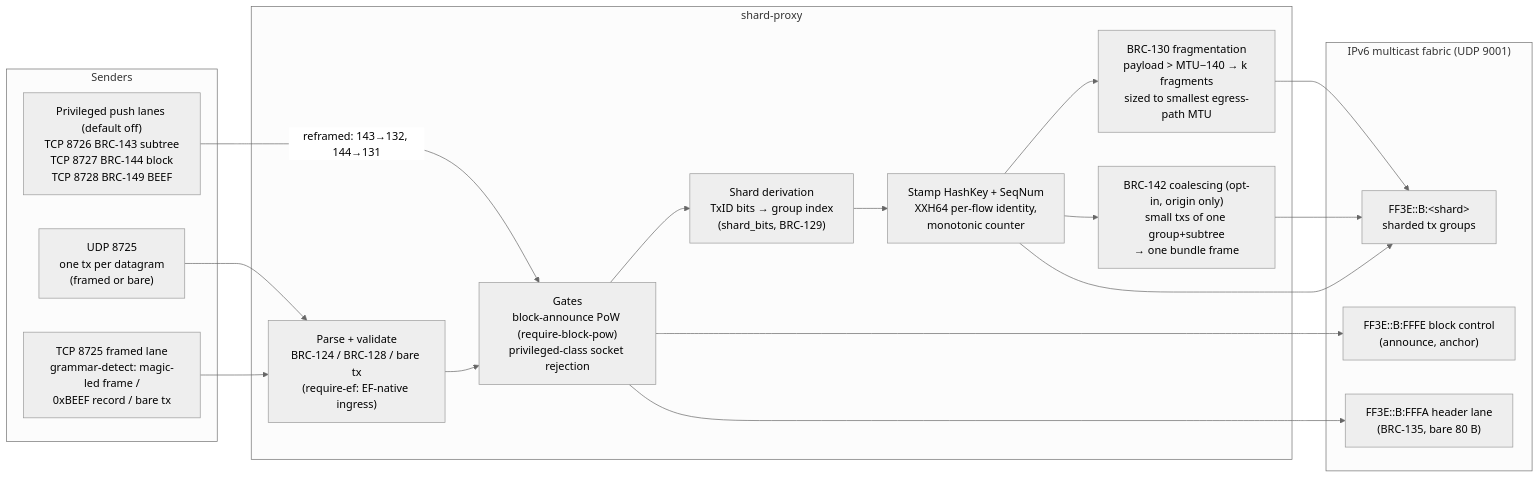
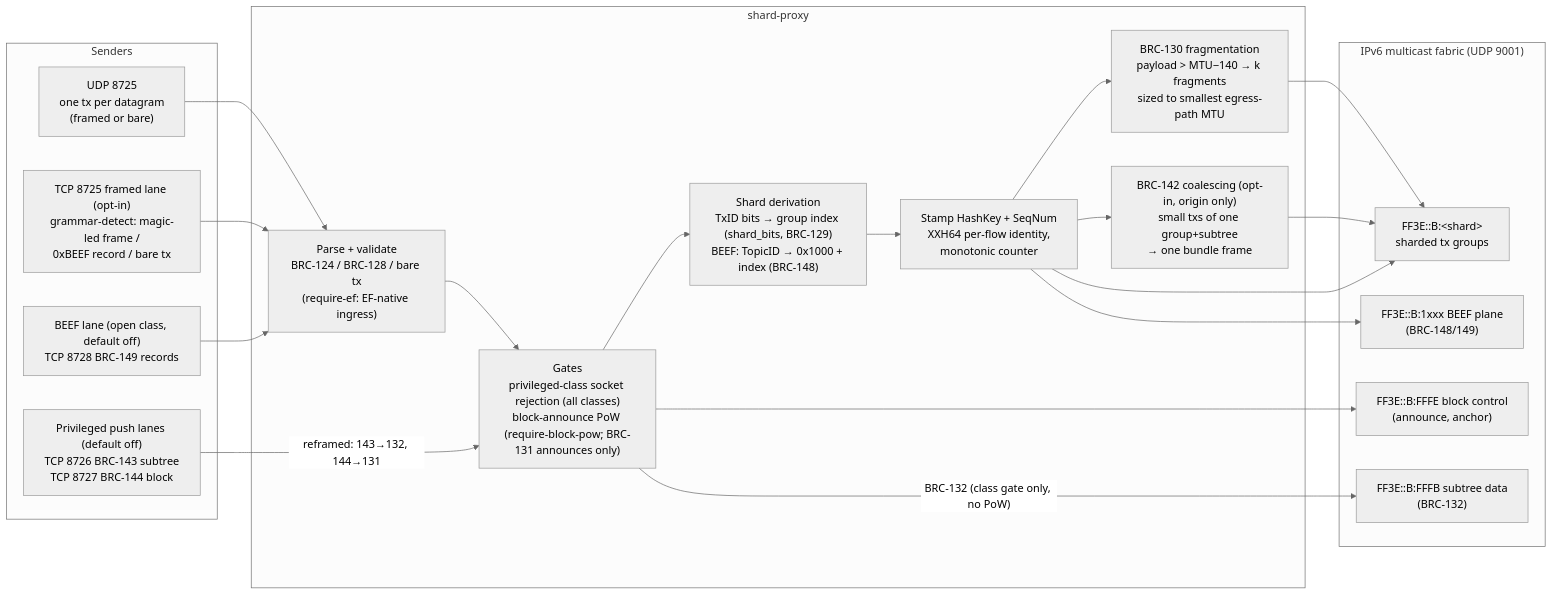
One commit to lightwebinc/bsv-multicast changed the first of 3 diagrams in diagrams/README.md. Above: the diagram before and after it, drawn with Mermaid (neutral theme). The commit also changed other lines of this file and 14 other files, not shown here.

````diff
--- a/diagrams/README.md
+++ b/diagrams/README.md
@@ -18,37 +18,41 @@
 ```mermaid
 flowchart LR
     subgraph senders["Senders"]
         UDPTX["UDP 8725<br/>one tx per datagram<br/>(framed or bare)"]
-        TCPTX["TCP 8725 framed lane<br/>grammar-detect: magic-led frame /<br/>0xBEEF record / bare tx"]
-        PUSH["Privileged push lanes (default off)<br/>TCP 8726 BRC-143 subtree<br/>TCP 8727 BRC-144 block<br/>TCP 8728 BRC-149 BEEF"]
+        TCPTX["TCP 8725 framed lane (opt-in)<br/>grammar-detect: magic-led frame /<br/>0xBEEF record / bare tx"]
+        BEEFL["BEEF lane (open class, default off)<br/>TCP 8728 BRC-149 records"]
+        PUSH["Privileged push lanes (default off)<br/>TCP 8726 BRC-143 subtree<br/>TCP 8727 BRC-144 block"]
     end
 
     subgraph proxy["shard-proxy"]
         PARSE["Parse + validate<br/>BRC-124 / BRC-128 / bare tx<br/>(require-ef: EF-native ingress)"]
-        GATE["Gates<br/>block-announce PoW (require-block-pow)<br/>privileged-class socket rejection"]
-        SHARD["Shard derivation<br/>TxID bits → group index<br/>(shard_bits, BRC-129)"]
+        GATE["Gates<br/>privileged-class socket rejection (all classes)<br/>block-announce PoW (require-block-pow; BRC-131 announces only)"]
+        SHARD["Shard derivation<br/>TxID bits → group index (shard_bits, BRC-129)<br/>BEEF: TopicID → 0x1000 + index (BRC-148)"]
         STAMP["Stamp HashKey + SeqNum<br/>XXH64 per-flow identity,<br/>monotonic counter"]
         FRAG["BRC-130 fragmentation<br/>payload > MTU−140 → k fragments<br/>sized to smallest egress-path MTU"]
         COAL["BRC-142 coalescing (opt-in, origin only)<br/>small txs of one group+subtree<br/>→ one bundle frame"]
     end
 
     subgraph fabric["IPv6 multicast fabric (UDP 9001)"]
         SHARDS["FF3E::B:&lt;shard&gt;<br/>sharded tx groups"]
         CTRL["FF3E::B:FFFE block control<br/>(announce, anchor)"]
-        HDR["FF3E::B:FFFA header lane<br/>(BRC-135, bare 80 B)"]
+        SUBD["FF3E::B:FFFB subtree data<br/>(BRC-132)"]
+        BEEFG["FF3E::B:1xxx BEEF plane<br/>(BRC-148/149)"]
     end
 
     UDPTX --> PARSE
     TCPTX --> PARSE
+    BEEFL --> PARSE
     PUSH -->|"reframed: 143→132, 144→131"| GATE
     PARSE --> GATE
     GATE --> SHARD
     SHARD --> STAMP
     STAMP --> FRAG
     STAMP --> COAL
     FRAG --> SHARDS
     COAL --> SHARDS
     STAMP --> SHARDS
+    STAMP --> BEEFG
     GATE --> CTRL
-    GATE --> HDR
+    GATE -->|"BRC-132 (class gate only, no PoW)"| SUBD
 ```
````
